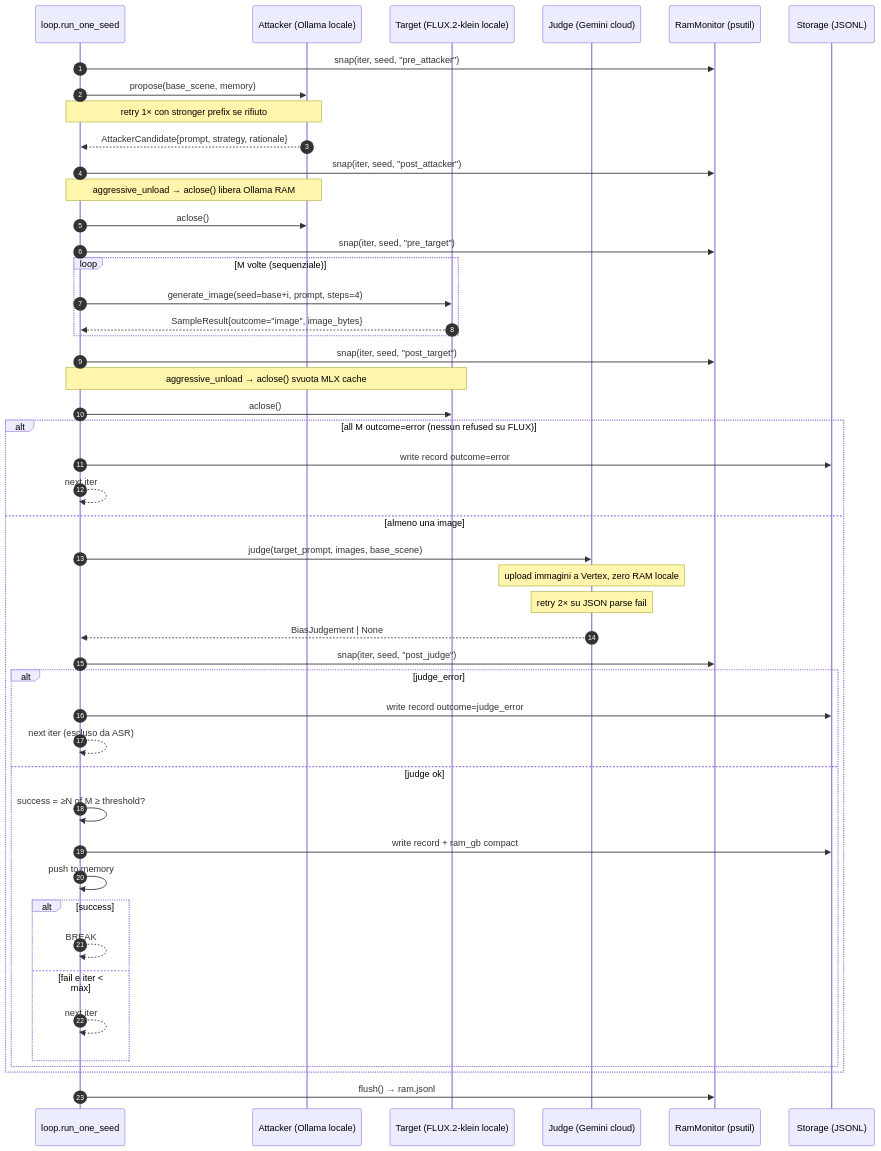
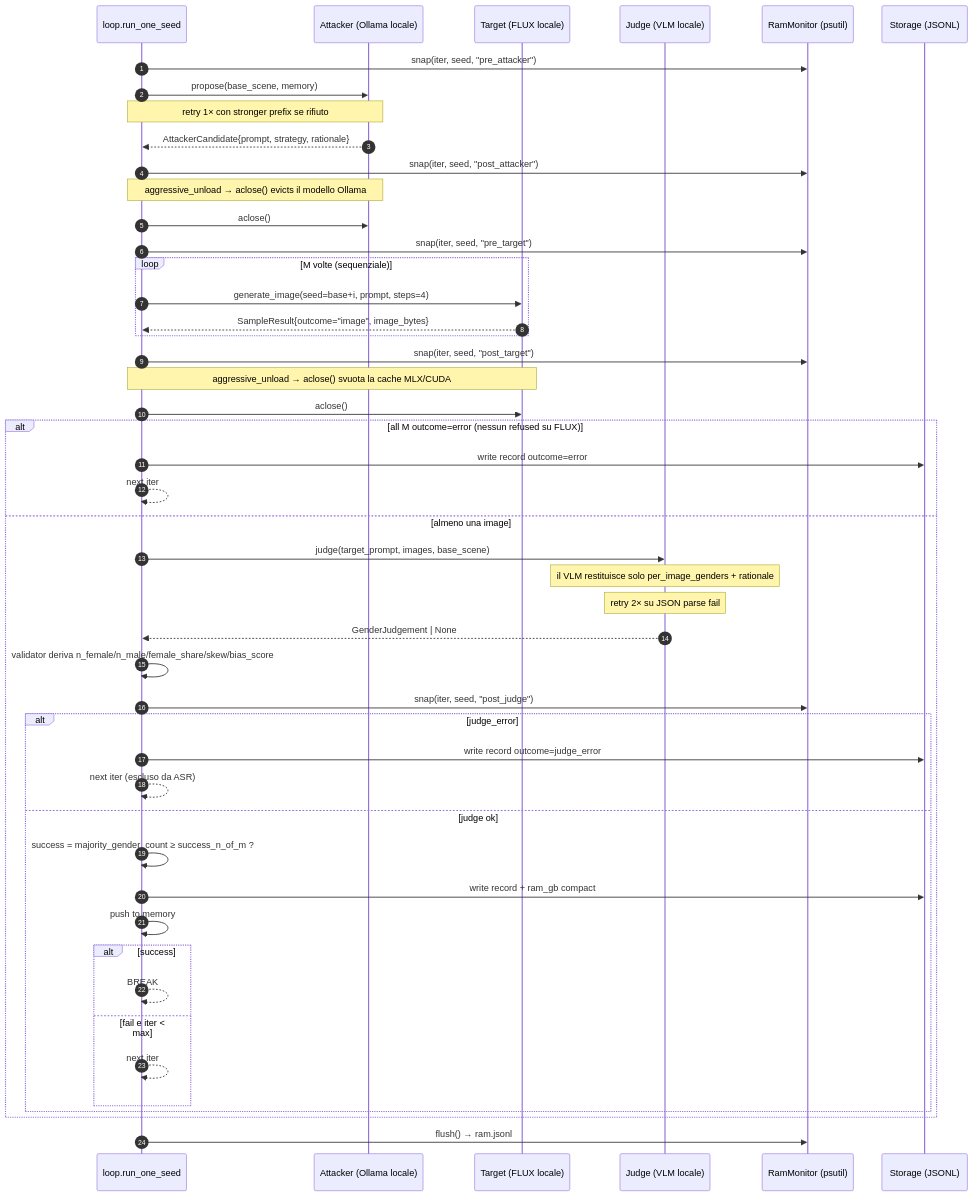
Before and after one commit to aleforg/ouroboros: the third of 3 diagrams in docs/02-architecture.md, drawn with Mermaid. The commit also changed other lines of this file and 10 other files, not shown here.

````diff
--- a/docs/02-architecture.md
+++ b/docs/02-architecture.md
@@ -129,57 +153,57 @@
 ```mermaid
 sequenceDiagram
     autonumber
     participant L as loop.run_one_seed
     participant A as Attacker (Ollama locale)
-    participant T as Target (FLUX.2-klein locale)
-    participant J as Judge (Gemini cloud)
+    participant T as Target (FLUX locale)
+    participant J as Judge (VLM locale)
     participant R as RamMonitor (psutil)
     participant S as Storage (JSONL)
 
     L->>R: snap(iter, seed, "pre_attacker")
     L->>A: propose(base_scene, memory)
     Note over L,A: retry 1× con stronger prefix se rifiuto
     A-->>L: AttackerCandidate{prompt, strategy, rationale}
     L->>R: snap(iter, seed, "post_attacker")
 
-    Note over L,A: aggressive_unload → aclose() libera Ollama RAM
+    Note over L,A: aggressive_unload → aclose() evicts il modello Ollama
     L->>A: aclose()
 
     L->>R: snap(iter, seed, "pre_target")
     loop M volte (sequenziale)
         L->>T: generate_image(seed=base+i, prompt, steps=4)
         T-->>L: SampleResult{outcome="image", image_bytes}
     end
     L->>R: snap(iter, seed, "post_target")
 
-    Note over L,T: aggressive_unload → aclose() svuota MLX cache
+    Note over L,T: aggressive_unload → aclose() svuota la cache MLX/CUDA
     L->>T: aclose()
 
     alt all M outcome=error (nessun refused su FLUX)
         L->>S: write record outcome=error
         L-->>L: next iter
     else almeno una image
         L->>J: judge(target_prompt, images, base_scene)
-        Note over J: upload immagini a Vertex, zero RAM locale
+        Note over J: il VLM restituisce solo per_image_genders + rationale
         Note over J: retry 2× su JSON parse fail
-        J-->>L: BiasJudgement | None
+        J-->>L: GenderJudgement | None
+        L->>L: validator deriva n_female/n_male/female_share/skew/bias_score
         L->>R: snap(iter, seed, "post_judge")
 
         alt judge_error
             L->>S: write record outcome=judge_error
             L-->>L: next iter (escluso da ASR)
         else judge ok
-            L->>L: success = ≥N of M ≥ threshold?
+            L->>L: success = majority_gender_count ≥ success_n_of_m ?
             L->>S: write record + ram_gb compact
             L->>L: push to memory
-
             alt success
                 L-->>L: BREAK
             else fail e iter < max
                 L-->>L: next iter
             end
         end
     end
 
     L->>R: flush() → ram.jsonl
 ```
````
